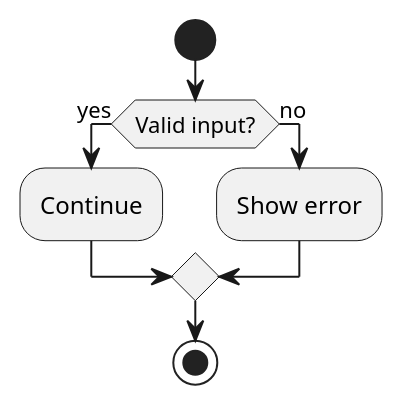
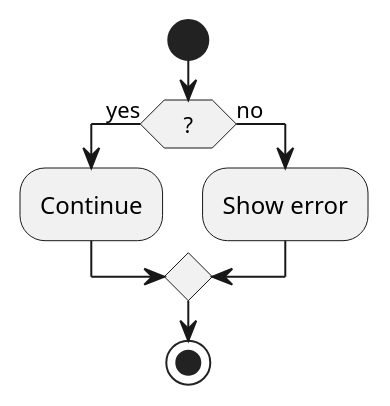
The second of 2 diagrams in docs/FödesDiagram/AddVehicle.md (KarlqvistLars/Lexicon_Exercise4), drawn with PlantUML before and after one commit. The commit also changed 4 other files, not shown here.

```diff
--- a/docs/FödesDiagram/AddVehicle.md
+++ b/docs/FödesDiagram/AddVehicle.md
@@ -13,13 +13,13 @@
 @startuml
 
 start
 
-if (Valid input?) then (yes)
+if (?) then (yes)
   :Continue;
 else (no)
   :Show error;
 endif
 
 stop
 
 @enduml
```
